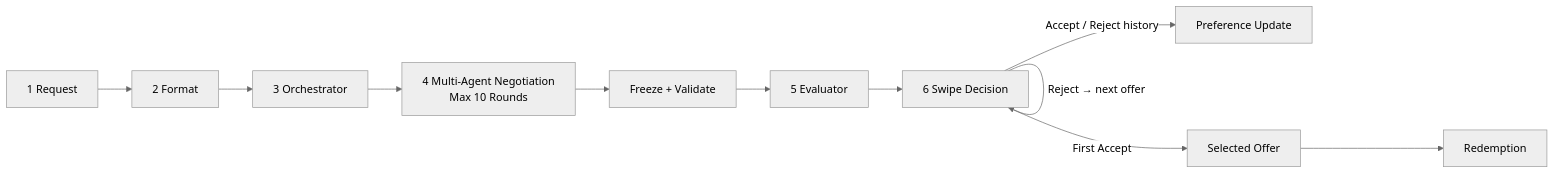
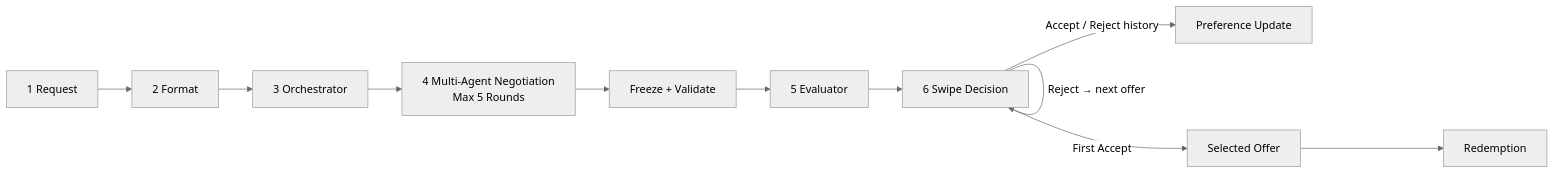
One commit to muen1019/TurnDeal changed the second of 6 diagrams in docs/SYSTEM_DESIGN.md. Above: the diagram before and after it, drawn with Mermaid (neutral theme). The commit also changed other lines of this file and 3 other files, not shown here.

Commit message:
📝 Specify five sellers and five negotiation rounds

````diff
--- a/docs/SYSTEM_DESIGN.md
+++ b/docs/SYSTEM_DESIGN.md
@@ -247,33 +248,33 @@
 ```mermaid
 flowchart LR
 
     R["1 Request"]
     F["2 Format"]
     O["3 Orchestrator"]
 
-    N["4 Multi-Agent Negotiation<br/>Max 10 Rounds"]
+    N["4 Multi-Agent Negotiation<br/>Max 5 Rounds"]
 
     V["Freeze + Validate"]
 
     E["5 Evaluator"]
 
     UI["6 Swipe Decision"]
 
     PU["Preference Update"]
 
     A["Selected Offer"]
     RED["Redemption"]
 
     R --> F
     F --> O
     O --> N
     N --> V
     V --> E
     E --> UI
 
     UI -->|"Accept / Reject history"| PU
     UI -->|"Reject → next offer"| UI
 
     UI -->|"First Accept"| A
     A --> RED
 ```
````
